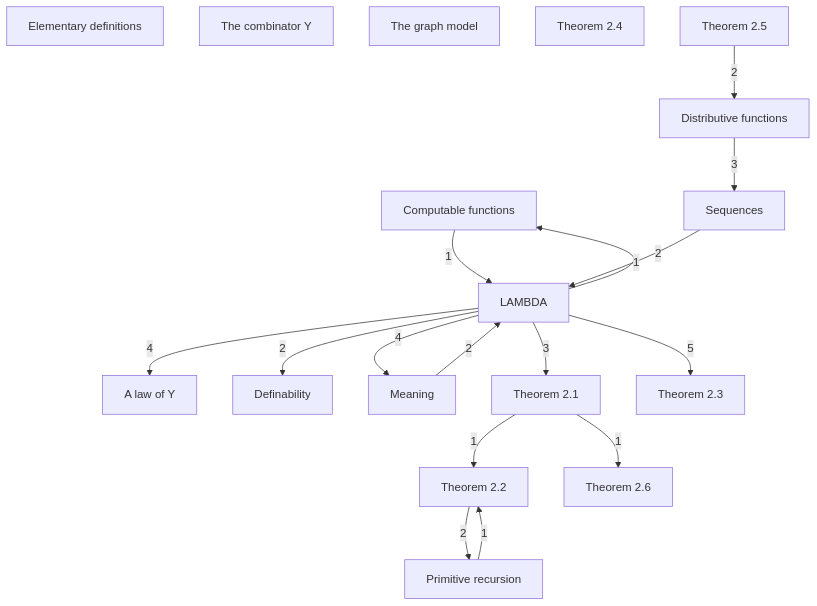
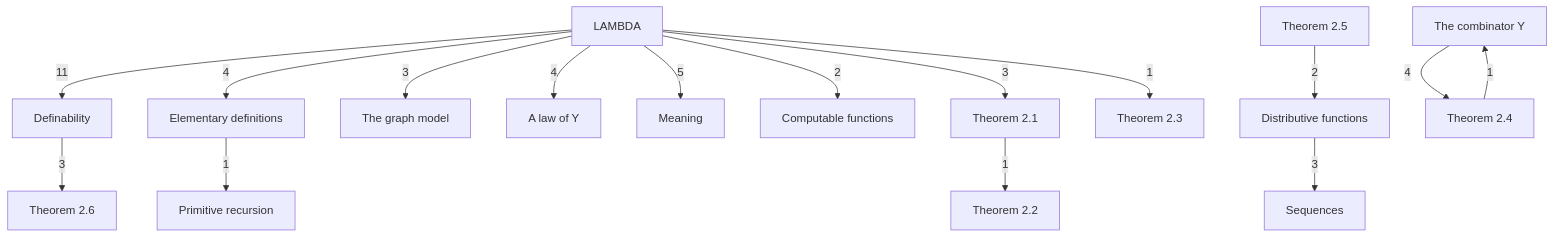
One commit to catskillsresearch/DomainTheory changed the diagram in DomainTheory/DataTypesAsLattices/Lambda/1976_Computability_and_definability.mermaid. Above: the diagram before and after it, drawn with Mermaid. The commit also changed 54 other files, not shown here.

```diff
--- a/DomainTheory/DataTypesAsLattices/Lambda/1976_Computability_and_definability.mermaid
+++ b/DomainTheory/DataTypesAsLattices/Lambda/1976_Computability_and_definability.mermaid
@@ -1,49 +1,49 @@
 %% Computability and definability.
 %% Each box is a note. Arrowhead on the importer.
 %% The number is a direct-import count.
 %% An arrow already implied by a longer path is omitted.
 %% Imports of a folder barrel are not counted.
 flowchart TB
 
   LY["A law of Y"]
   REC["Computable functions"]
   DEF["Definability"]
   DOL["Distributive functions"]
   EL["Elementary definitions"]
   LAM["LAMBDA"]
   MEAN["Meaning"]
   PR["Primitive recursion"]
   SEQ["Sequences"]
   YC["The combinator Y"]
   GRA["The graph model"]
   T21["Theorem 2.1"]
   T22["Theorem 2.2"]
   T23["Theorem 2.3"]
   T24["Theorem 2.4"]
   T25["Theorem 2.5"]
   T26["Theorem 2.6"]
 
-  LAM -->|"2"| DEF
+  LAM -->|"11"| DEF
   T25 -->|"2"| DOL
-  MEAN -->|"2"| LAM
-  REC -->|"1"| LAM
-  SEQ -->|"1"| LAM
+  LAM -->|"4"| EL
+  LAM -->|"3"| GRA
   LAM -->|"4"| LY
-  LAM -->|"4"| MEAN
-  T22 -->|"2"| PR
+  LAM -->|"5"| MEAN
+  EL -->|"1"| PR
   LAM -->|"2"| REC
   DOL -->|"3"| SEQ
   LAM -->|"3"| T21
-  PR -->|"1"| T22
   T21 -->|"1"| T22
-  LAM -->|"5"| T23
-  T21 -->|"1"| T26
+  LAM -->|"1"| T23
+  YC -->|"4"| T24
+  DEF -->|"3"| T26
+  T24 -->|"1"| YC
 
   classDef c1 fill:#dcfce7,stroke:#15803d,color:#14532d
   classDef c2 fill:#cffafe,stroke:#0e7490,color:#164e63
   classDef c3 fill:#fef3c7,stroke:#b45309,color:#78350f
   classDef c4 fill:#fce7f3,stroke:#be185d,color:#831843
   classDef c5 fill:#fee2e2,stroke:#b91c1c,color:#7f1d1d
   classDef c6 fill:#e0e7ff,stroke:#4338ca,color:#312e81
   classDef c7 fill:#ffedd5,stroke:#c2410c,color:#7c2d12
   classDef c8 fill:#ecfccb,stroke:#4d7c0f,color:#365314
```
